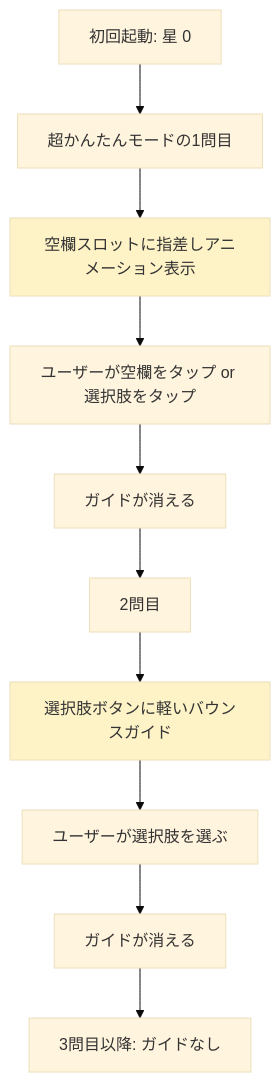
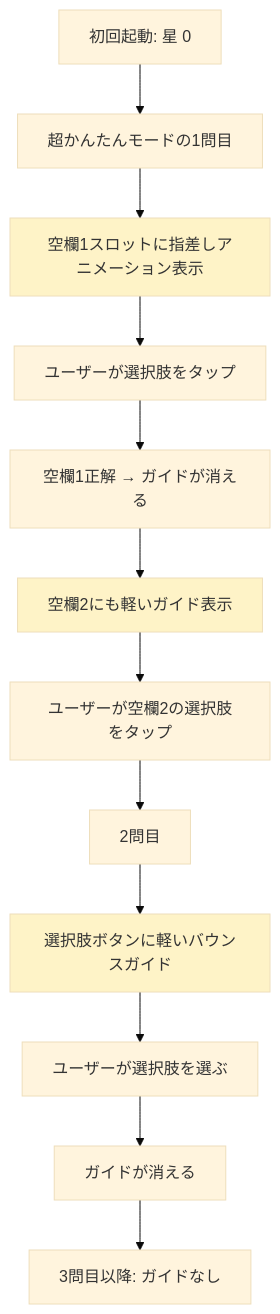
One commit to kaionn/make-10-pwa changed the ninth of 9 diagrams in docs/plan/ux-design.md. Above: the diagram before and after it, drawn with Mermaid (base theme). The commit also changed other lines of this file and 1 other file, not shown here.

````diff
--- a/docs/plan/ux-design.md
+++ b/docs/plan/ux-design.md
@@ -285,15 +314,18 @@
 ```mermaid
 flowchart TD
     A[初回起動: 星 0] --> B[超かんたんモードの1問目]
-    B --> C[空欄スロットに指差しアニメーション表示]
-    C --> D[ユーザーが空欄をタップ or 選択肢をタップ]
-    D --> E[ガイドが消える]
-    E --> F[2問目]
+    B --> C[空欄1スロットに指差しアニメーション表示]
+    C --> D[ユーザーが選択肢をタップ]
+    D --> E[空欄1正解 → ガイドが消える]
+    E --> E2[空欄2にも軽いガイド表示]
+    E2 --> E3[ユーザーが空欄2の選択肢をタップ]
+    E3 --> F[2問目]
     F --> G[選択肢ボタンに軽いバウンスガイド]
     G --> H[ユーザーが選択肢を選ぶ]
     H --> I[ガイドが消える]
     I --> J[3問目以降: ガイドなし]
 
     style C fill:#fef3c7
+    style E2 fill:#fef3c7
     style G fill:#fef3c7
 ```
````
